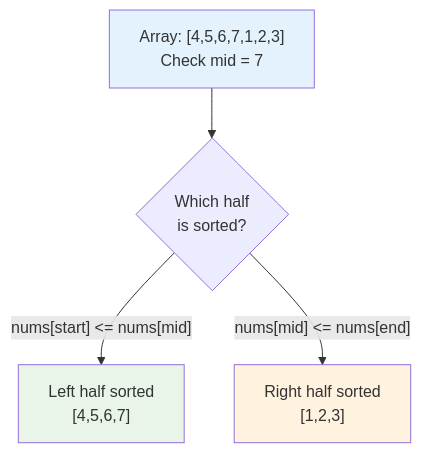
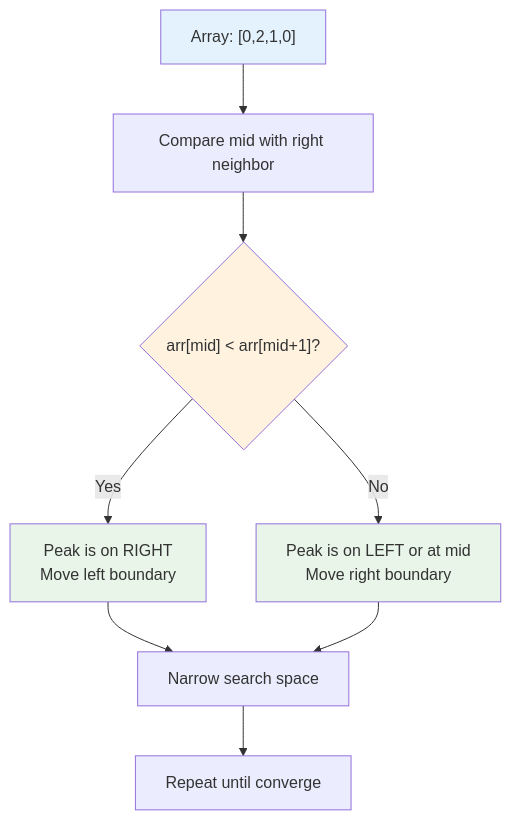
The second of 13 diagrams in README.md (LuckyLongre123/README_RUNNER), drawn with Mermaid before and after one commit. The commit also changed other lines of this file, not shown here.

````diff
--- a/README.md
+++ b/README.md
@@ -59,10 +65,15 @@
 ```mermaid
 flowchart TD
-    A["Array: [4,5,6,7,1,2,3]<br/>Check mid = 7"] --> B{"Which half<br/>is sorted?"}
-    B -->|"nums[start] <= nums[mid]"| C["Left half sorted<br/>[4,5,6,7]"]
-    B -->|"nums[mid] <= nums[end]"| D["Right half sorted<br/>[1,2,3]"]
+    A["Array: [0,2,1,0]"] --> B["Compare mid with right neighbor"]
+    B --> C{"arr[mid] < arr[mid+1]?"}
+    C -->|"Yes"| D["Peak is on RIGHT<br/>Move left boundary"]
+    C -->|"No"| E["Peak is on LEFT or at mid<br/>Move right boundary"]
+    D --> F["Narrow search space"]
+    E --> F
+    F --> G["Repeat until converge"]
     
     style A fill:#e3f2fd
-    style C fill:#e8f5e8
-    style D fill:#fff3e0
+    style C fill:#fff3e0
+    style D fill:#e8f5e8
+    style E fill:#e8f5e8
 ```
````
